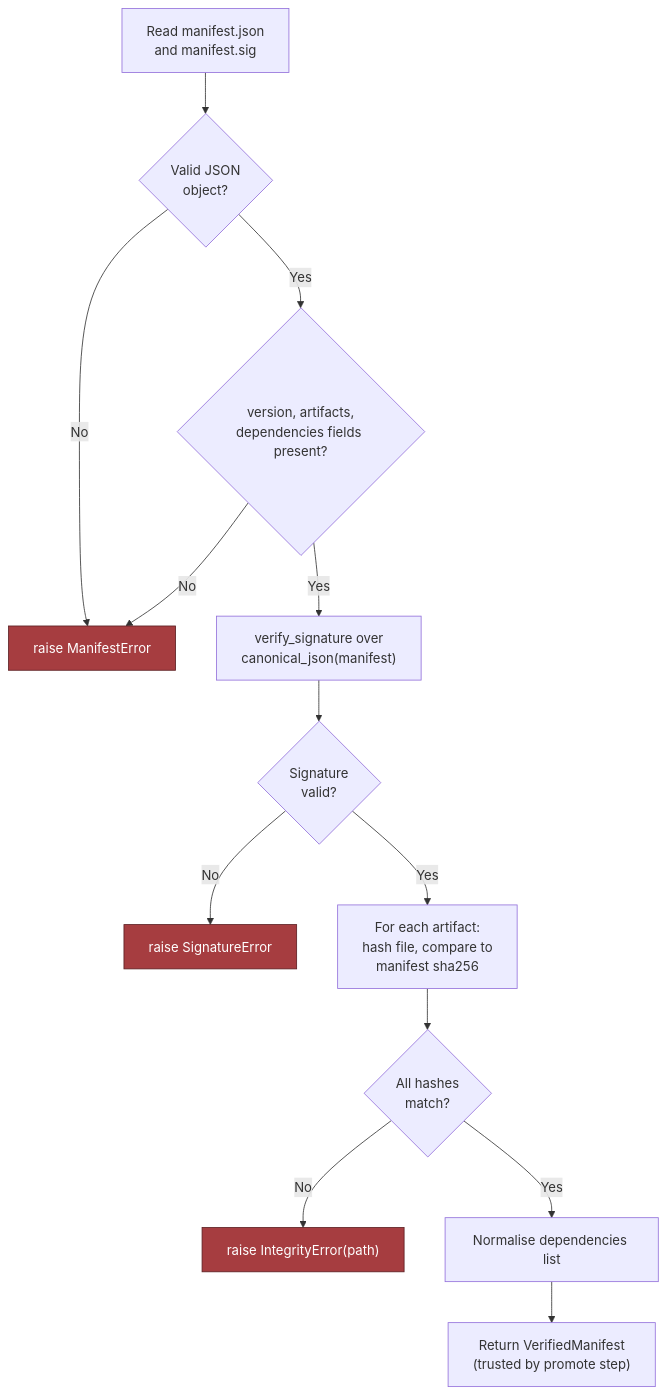
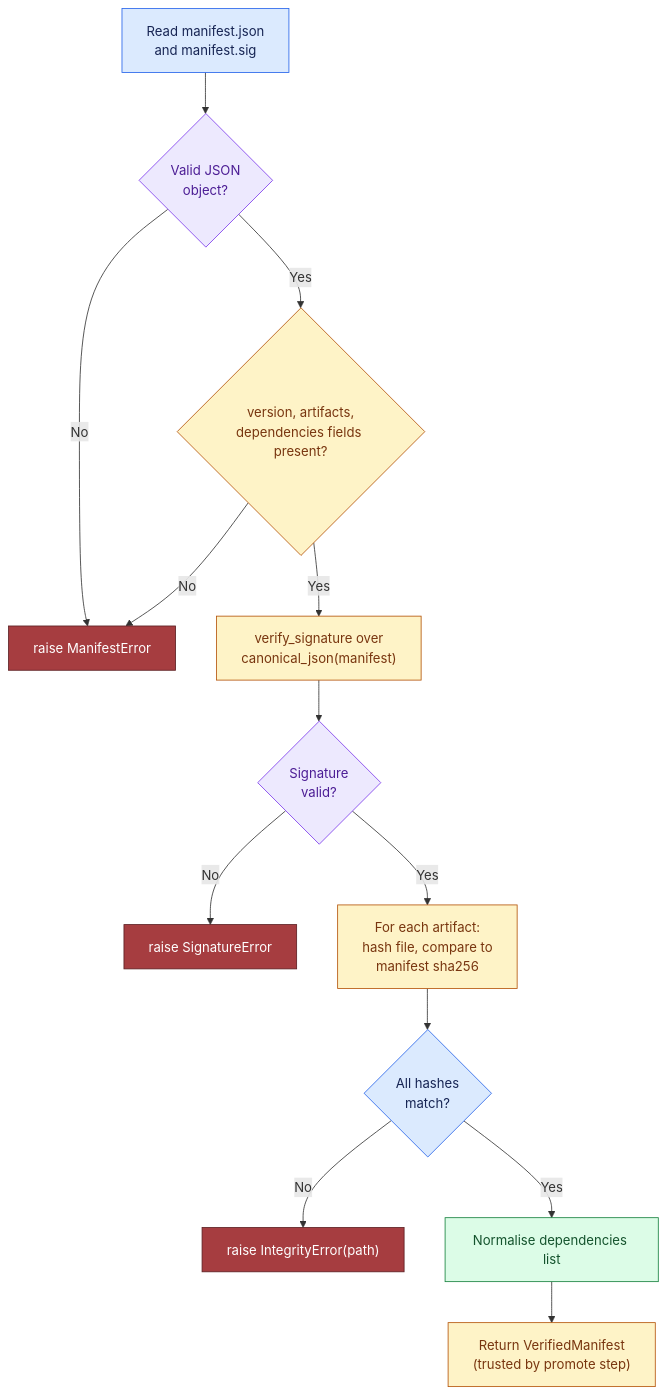
The diagram in 02_System_Design_Case_Studies/Standalone_Designs/19_Air_Gapped_AI_System/3_Tutorial/19_Tutorial_Part_4.md (Sourav692/Forward-Deployed-Engineer-Interview-Prep), drawn with Mermaid before and after one commit. The commit also changed 1268 other files, not shown here.

First line of the commit message:
content: polish Casebook writing and Mermaid diagrams (#251)

````diff
--- a/02_System_Design_Case_Studies/Standalone_Designs/19_Air_Gapped_AI_System/3_Tutorial/19_Tutorial_Part_4.md
+++ b/02_System_Design_Case_Studies/Standalone_Designs/19_Air_Gapped_AI_System/3_Tutorial/19_Tutorial_Part_4.md
@@ -161,19 +161,29 @@
 ```mermaid
 flowchart TD
     A["Read manifest.json<br/>and manifest.sig"] --> B{"Valid JSON<br/>object?"}
     B -->|No| F1["raise ManifestError"]
     B -->|Yes| C{"version, artifacts,<br/>dependencies fields present?"}
     C -->|No| F1
     C -->|Yes| D["verify_signature over<br/>canonical_json(manifest)"]
     D --> E{"Signature<br/>valid?"}
     E -->|No| F2["raise SignatureError"]
     E -->|Yes| G["For each artifact:<br/>hash file, compare to<br/>manifest sha256"]
     G --> H{"All hashes<br/>match?"}
     H -->|No| F3["raise IntegrityError(path)"]
     H -->|Yes| I["Normalise dependencies list"]
     I --> J["Return VerifiedManifest<br/>(trusted by promote step)"]
 
     style F1 fill:#a63d40,stroke:#5c1f22,color:#fff
     style F2 fill:#a63d40,stroke:#5c1f22,color:#fff
     style F3 fill:#a63d40,stroke:#5c1f22,color:#fff
+
+    %% Casebook colours: entry, reasoning, results, controls, and stopped paths.
+    classDef cbInput fill:#dbeafe,stroke:#2563eb,color:#172554
+    class A,H cbInput
+    classDef cbReason fill:#ede9fe,stroke:#7c3aed,color:#4c1d95
+    class B,E,F3 cbReason
+    classDef cbAction fill:#dcfce7,stroke:#15803d,color:#14532d
+    class F1,F2,I cbAction
+    classDef cbPolicy fill:#fef3c7,stroke:#b45309,color:#78350f
+    class C,D,G,J cbPolicy
 ```
````
